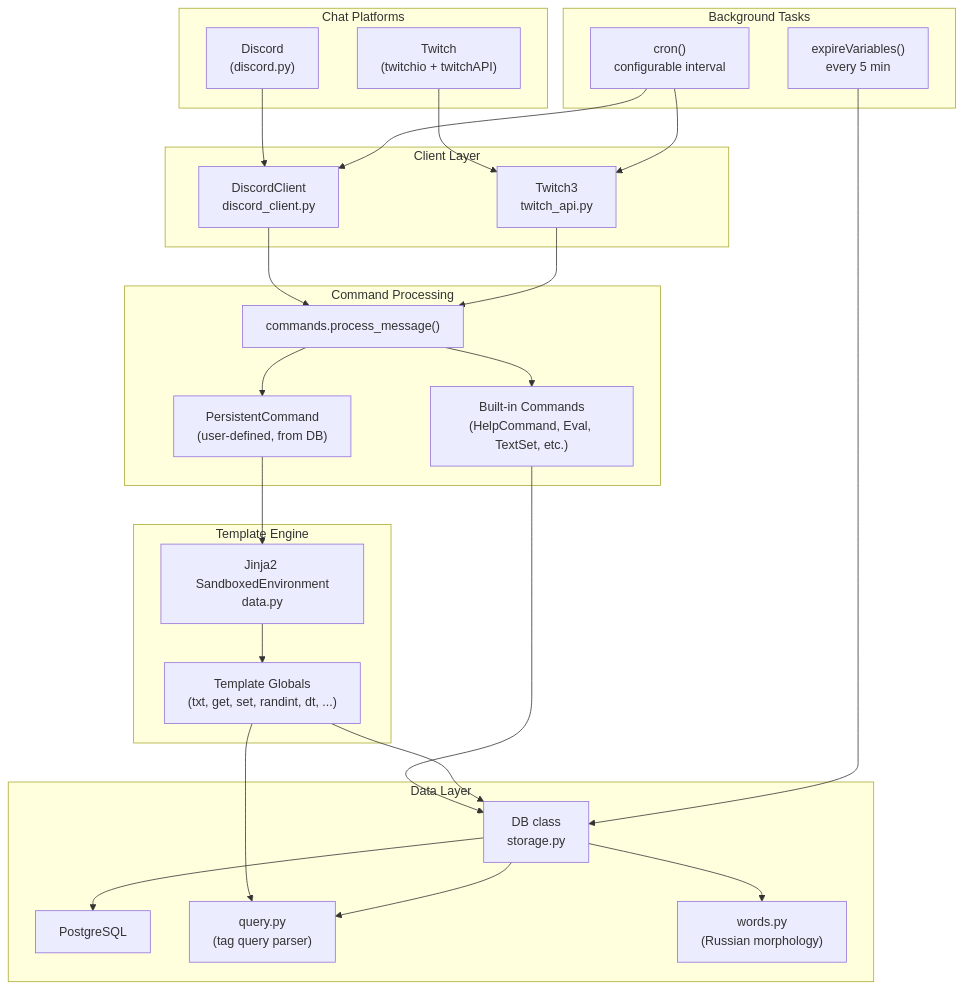
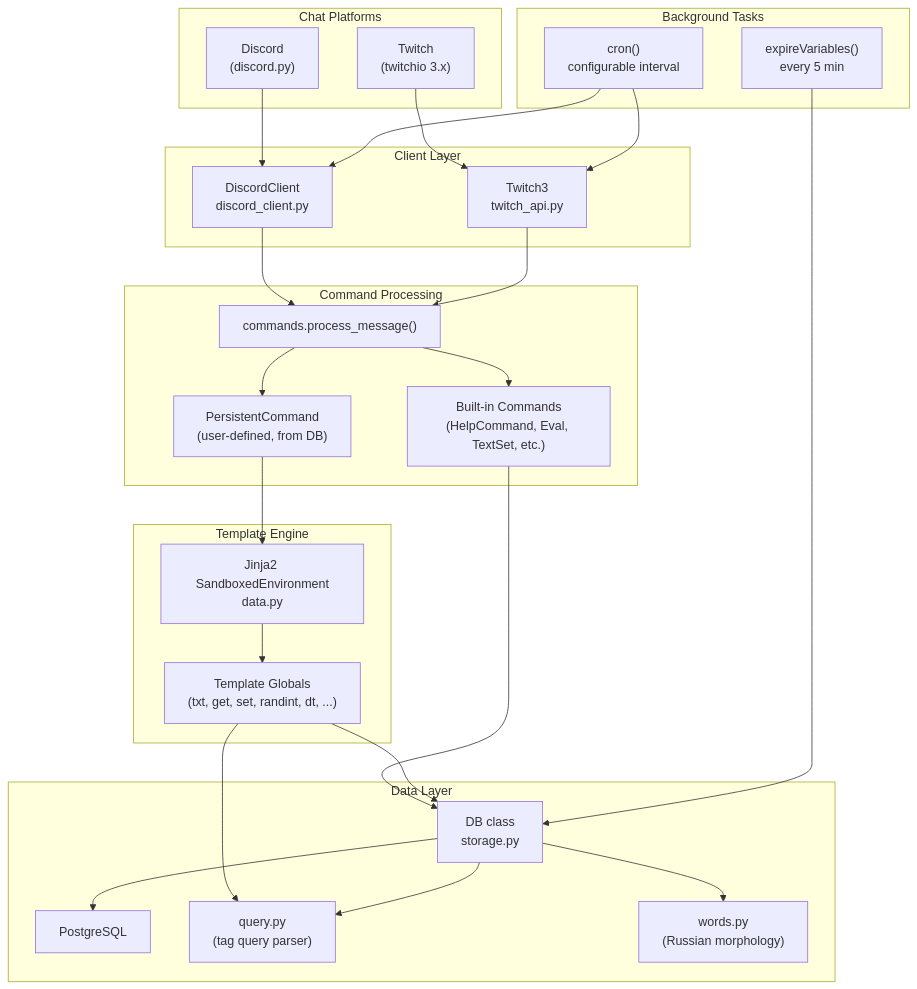
Before and after one commit to metaflow/moon-rabbit: the first of 3 diagrams in docs/architecture.md, drawn with Mermaid. The commit also changed other lines of this file and 15 other files, not shown here.

````diff
--- a/docs/architecture.md
+++ b/docs/architecture.md
@@ -9,53 +9,53 @@
 ```mermaid
 graph TD
     subgraph "Chat Platforms"
         D["Discord<br/>(discord.py)"]
-        T["Twitch<br/>(twitchio + twitchAPI)"]
+        T["Twitch<br/>(twitchio 3.x)"]
     end
 
     subgraph "Client Layer"
         DC["DiscordClient<br/>discord_client.py"]
         TC["Twitch3<br/>twitch_api.py"]
     end
 
     subgraph "Command Processing"
         CP["commands.process_message()"]
         BC["Built-in Commands<br/>(HelpCommand, Eval, TextSet, etc.)"]
         PC["PersistentCommand<br/>(user-defined, from DB)"]
     end
 
     subgraph "Template Engine"
         J2["Jinja2 SandboxedEnvironment<br/>data.py"]
         TG["Template Globals<br/>(txt, get, set, randint, dt, ...)"]
     end
 
     subgraph "Data Layer"
         DB["DB class<br/>storage.py"]
         PG["PostgreSQL"]
         QP["query.py<br/>(tag query parser)"]
         WO["words.py<br/>(Russian morphology)"]
     end
 
     subgraph "Background Tasks"
         EV["expireVariables()<br/>every 5 min"]
         CR["cron()<br/>configurable interval"]
     end
 
     D --> DC
     T --> TC
     DC --> CP
     TC --> CP
     CP --> BC
     CP --> PC
     PC --> J2
     BC --> DB
     J2 --> TG
     TG --> DB
     TG --> QP
     DB --> PG
     DB --> QP
     DB --> WO
     EV --> DB
     CR --> DC
     CR --> TC
 ```
````
